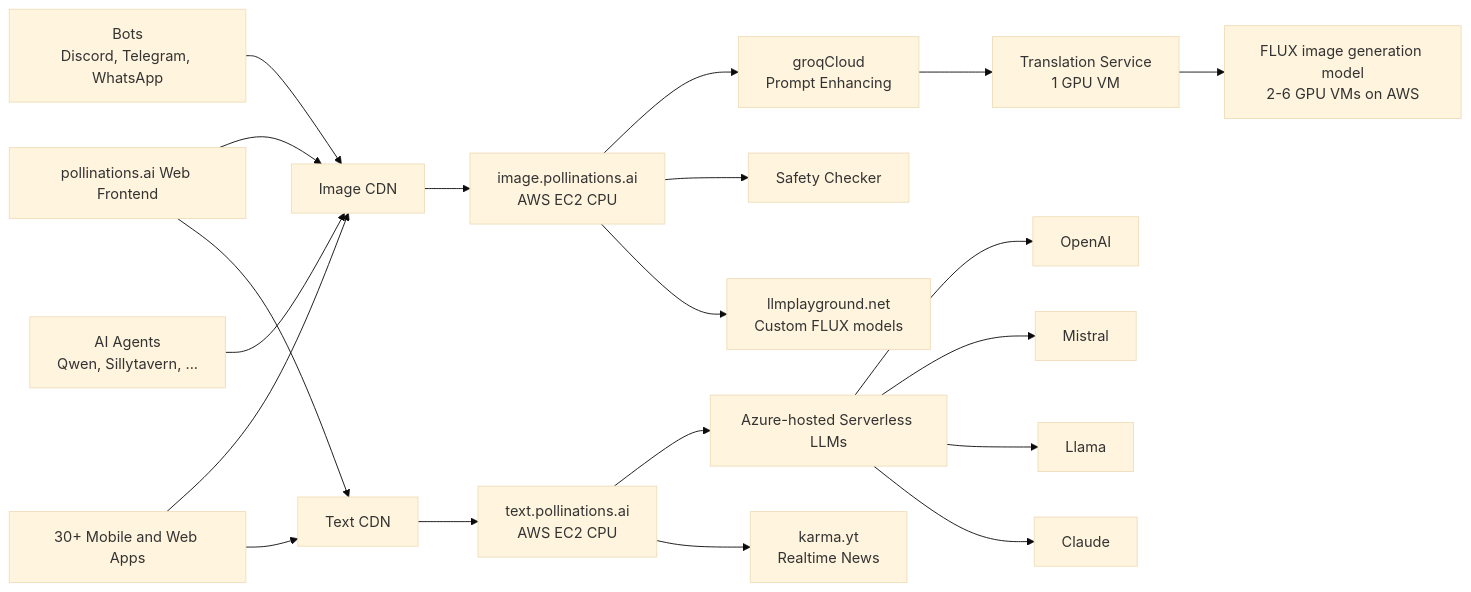
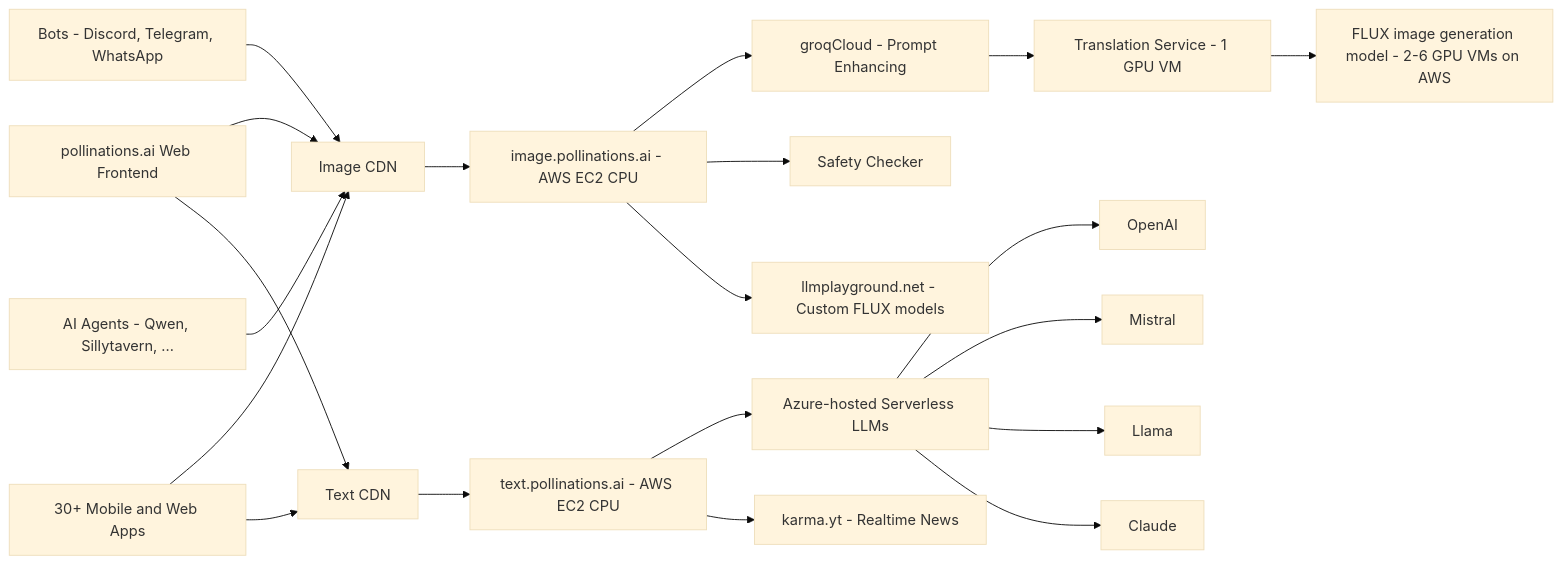
Before and after one commit to pollinations/pollinations: the diagram in README.md, drawn with Mermaid (base theme).

Commit message:
Update README.md for better readability
- Changed bot and AI agent labels for clarity
- Updated service descriptions to include resource details
- Improved graph node labels for consistency

````diff
--- a/README.md
+++ b/README.md
@@ -103,28 +103,28 @@
 ```mermaid
 graph LR
-    Q[Bots\nDiscord, Telegram, WhatsApp] --> L1
+    Q[Bots - Discord, Telegram, WhatsApp] --> L1
     
     A[pollinations.ai Web Frontend] --> L1
     A --> L2
     
     N[30+ Mobile and Web Apps] --> L1
     N --> L2
     
-    R[AI Agents\nQwen, Sillytavern, ...] --> L1
+    R[AI Agents - Qwen, Sillytavern, ...] --> L1
     
     L1[Image CDN] --> B
     L2[Text CDN] --> C
     
-    B[image.pollinations.ai\nAWS EC2 CPU] --> F[groqCloud\nPrompt Enhancing]
+    B[image.pollinations.ai - AWS EC2 CPU] --> F[groqCloud - Prompt Enhancing]
     B --> S[Safety Checker]
-    B --> M[llmplayground.net\nCustom FLUX models]
-    F --> E[Translation Service\n1 GPU VM]
-    E --> D[FLUX image generation model\n2-6 GPU VMs on AWS]
+    B --> M[llmplayground.net - Custom FLUX models]
+    F --> E[Translation Service - 1 GPU VM]
+    E --> D[FLUX image generation model - 2-6 GPU VMs on AWS]
     
-    C[text.pollinations.ai\nAWS EC2 CPU] --> G[Azure-hosted Serverless LLMs]
+    C[text.pollinations.ai - AWS EC2 CPU] --> G[Azure-hosted Serverless LLMs]
     G --> H[OpenAI]
     G --> I[Mistral]
     G --> J[Llama]
     G --> K[Claude]
-    C --> P[karma.yt\nRealtime News]
+    C --> P[karma.yt - Realtime News]
 ```
````
